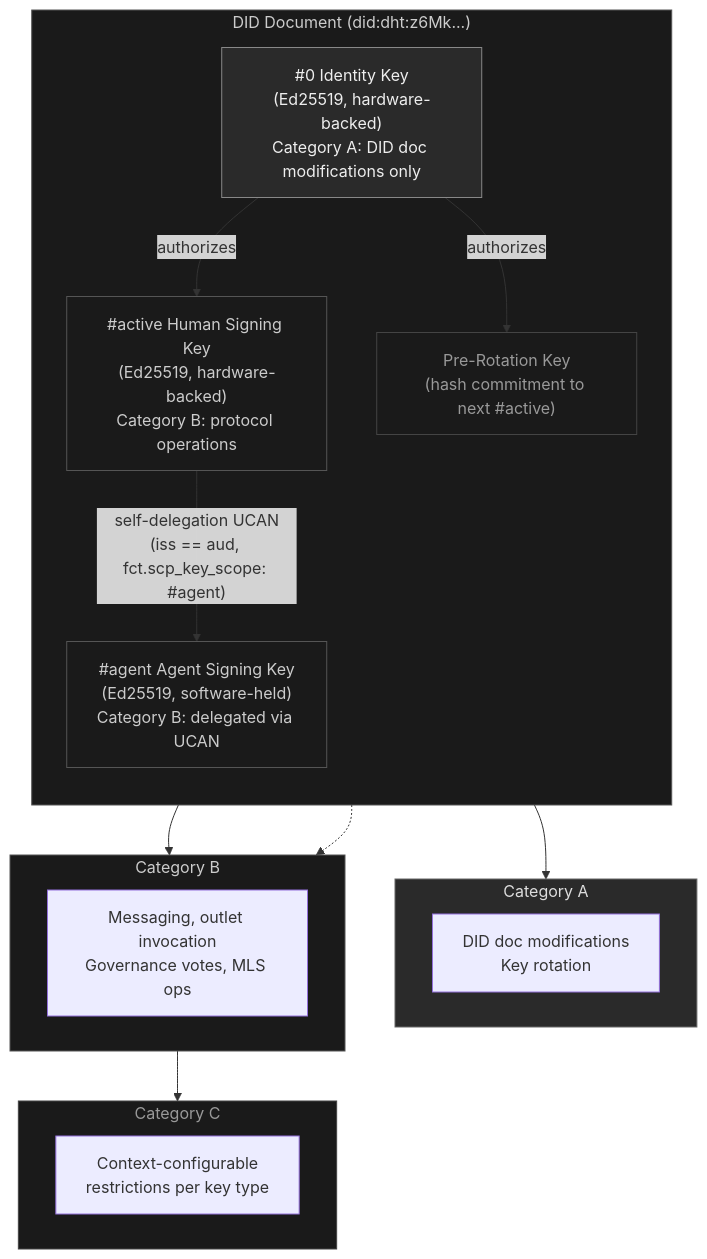
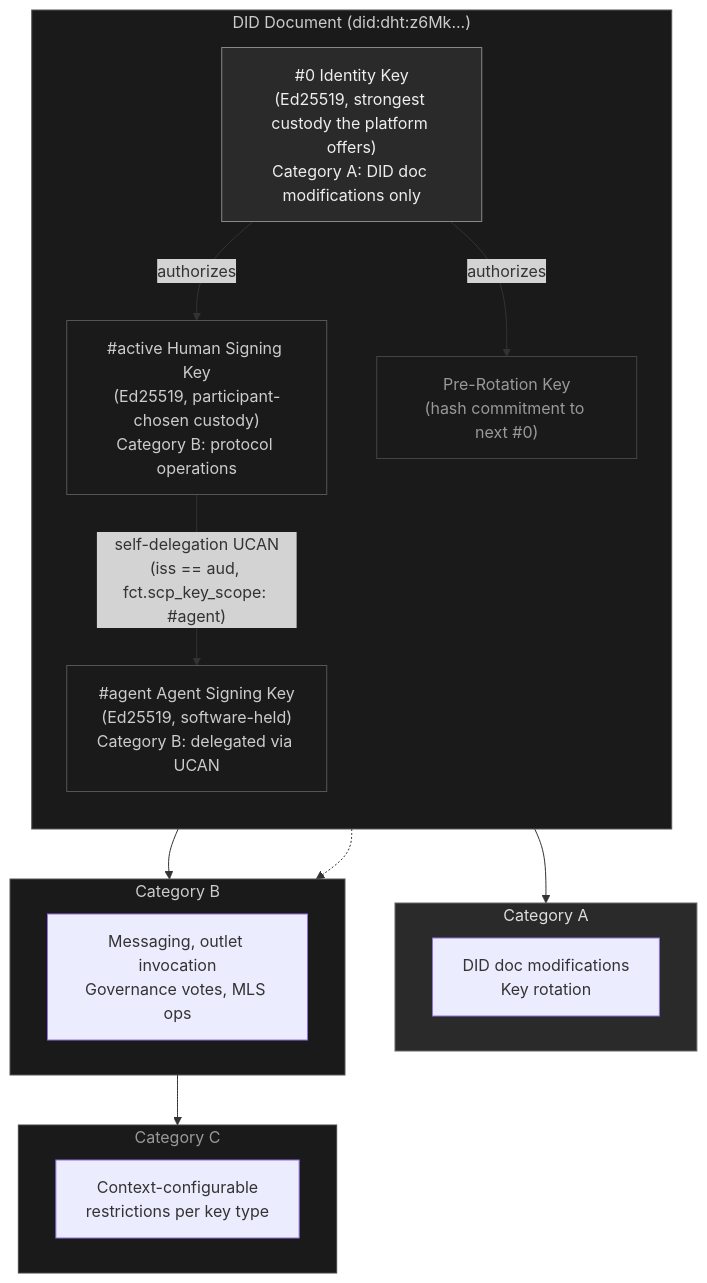
One commit to limn-works/scp changed the third of 3 diagrams in .docs/white-paper.md. Above: the diagram before and after it, drawn with Mermaid. The commit also changed other lines of this file and 14 other files, not shown here.

````diff
--- a/.docs/white-paper.md
+++ b/.docs/white-paper.md
@@ -281,38 +281,38 @@
 ```mermaid
 flowchart TB
     subgraph did["DID Document (did:dht:z6Mk...)"]
         direction TB
-        id["#0 Identity Key\n(Ed25519, hardware-backed)\nCategory A: DID doc modifications only"]
-        active["#active Human Signing Key\n(Ed25519, hardware-backed)\nCategory B: protocol operations"]
-        prerot["Pre-Rotation Key\n(hash commitment to next #active)"]
+        id["#0 Identity Key\n(Ed25519, strongest custody the platform offers)\nCategory A: DID doc modifications only"]
+        active["#active Human Signing Key\n(Ed25519, participant-chosen custody)\nCategory B: protocol operations"]
+        prerot["Pre-Rotation Key\n(hash commitment to next #0)"]
         agent["#agent Agent Signing Key\n(Ed25519, software-held)\nCategory B: delegated via UCAN"]
     end
 
     id -- "authorizes" --> active
     id -- "authorizes" --> prerot
     active -- "self-delegation UCAN\n(iss == aud, fct.scp_key_scope: #agent)" --> agent
 
     subgraph catA["Category A"]
         a_ops["DID doc modifications\nKey rotation"]
     end
     subgraph catB["Category B"]
         b_ops["Messaging, outlet invocation\nGovernance votes, MLS ops"]
     end
     subgraph catC["Category C"]
         c_ops["Context-configurable\nrestrictions per key type"]
     end
 
     id --> catA
     active --> catB
     agent -.-> catB
     catB --> catC
 
     style did fill:#1a1a1a,stroke:#555,color:#ccc
     style id fill:#2a2a2a,stroke:#888,color:#eee
     style active fill:#1a1a1a,stroke:#555,color:#ccc
     style prerot fill:#1a1a1a,stroke:#444,color:#999
     style agent fill:#1a1a1a,stroke:#555,color:#ccc
     style catA fill:#2a2a2a,stroke:#666,color:#ddd
     style catB fill:#1a1a1a,stroke:#555,color:#ccc
     style catC fill:#1a1a1a,stroke:#444,color:#999
 ```
````
